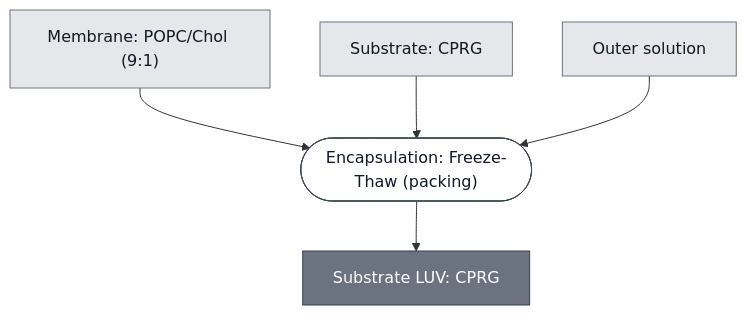
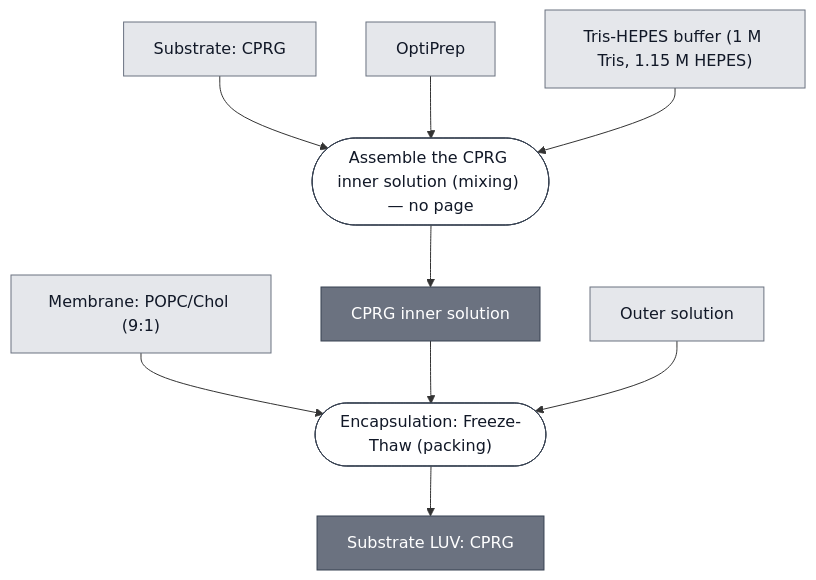
The diagram in docs/modules/substrate-cprg-luv/spec.md (nucleus-eng/nucleus-docs), drawn with Mermaid before and after one commit. The commit also changed 46 other files, not shown here.

````diff
--- a/docs/modules/substrate-cprg-luv/spec.md
+++ b/docs/modules/substrate-cprg-luv/spec.md
@@ -33,28 +33,37 @@
 ```mermaid
 flowchart TD
     OUTER_SOLUTION["Outer solution"]
     MEMBRANE_POPC_CHOL_9_1["Membrane: POPC/Chol (9:1)"]
     SUBSTRATE_CPRG["Substrate: CPRG"]
+    OPTIPREP["OptiPrep"]
+    TRIS_HEPES_BUFFER["Tris-HEPES buffer (1 M Tris, 1.15 M HEPES)"]
 
-    P1_HYDRATE_AND_FREEZE_THAW_0(["Encapsulation: Freeze-Thaw (packing)"])
+    P1_ASSEMBLE_INNER_SOLUTION_0(["Assemble the CPRG inner solution (mixing) — no page"])
+    CPRG_INNER_SOLUTION["CPRG inner solution"]
+    P2_HYDRATE_AND_FREEZE_THAW_0(["Encapsulation: Freeze-Thaw (packing)"])
     SUBSTRATE_CPRG_LUV["Substrate LUV: CPRG"]
 
-    MEMBRANE_POPC_CHOL_9_1 --> P1_HYDRATE_AND_FREEZE_THAW_0
-    SUBSTRATE_CPRG --> P1_HYDRATE_AND_FREEZE_THAW_0
-    OUTER_SOLUTION --> P1_HYDRATE_AND_FREEZE_THAW_0
-    P1_HYDRATE_AND_FREEZE_THAW_0 --> SUBSTRATE_CPRG_LUV
+    SUBSTRATE_CPRG --> P1_ASSEMBLE_INNER_SOLUTION_0
+    OPTIPREP --> P1_ASSEMBLE_INNER_SOLUTION_0
+    TRIS_HEPES_BUFFER --> P1_ASSEMBLE_INNER_SOLUTION_0
+    P1_ASSEMBLE_INNER_SOLUTION_0 --> CPRG_INNER_SOLUTION
+
+    MEMBRANE_POPC_CHOL_9_1 --> P2_HYDRATE_AND_FREEZE_THAW_0
+    CPRG_INNER_SOLUTION --> P2_HYDRATE_AND_FREEZE_THAW_0
+    OUTER_SOLUTION --> P2_HYDRATE_AND_FREEZE_THAW_0
+    P2_HYDRATE_AND_FREEZE_THAW_0 --> SUBSTRATE_CPRG_LUV
 
 
     classDef leaf     fill:#e5e7eb,stroke:#6b7280,color:#111827;
     classDef composed fill:#6b7280,stroke:#374151,color:#ffffff;
     classDef process  fill:#ffffff,stroke:#374151,color:#111827;
-    class OUTER_SOLUTION,MEMBRANE_POPC_CHOL_9_1,SUBSTRATE_CPRG leaf;
-    class SUBSTRATE_CPRG_LUV composed;
-    class P1_HYDRATE_AND_FREEZE_THAW_0 process;
+    class OUTER_SOLUTION,MEMBRANE_POPC_CHOL_9_1,SUBSTRATE_CPRG,OPTIPREP,TRIS_HEPES_BUFFER leaf;
+    class CPRG_INNER_SOLUTION,SUBSTRATE_CPRG_LUV composed;
+    class P1_ASSEMBLE_INNER_SOLUTION_0,P2_HYDRATE_AND_FREEZE_THAW_0 process;
 
     click OUTER_SOLUTION "/docs/modules/outer-solution/spec"
     click MEMBRANE_POPC_CHOL_9_1 "/docs/modules/membrane-popc-chol-9-1/spec"
     click SUBSTRATE_CPRG "/docs/modules/substrate-cprg/spec"
-    click P1_HYDRATE_AND_FREEZE_THAW_0 "/docs/processes/encapsulate-luv/main"
+    click P2_HYDRATE_AND_FREEZE_THAW_0 "/docs/processes/encapsulate-luv/main"
     click SUBSTRATE_CPRG_LUV "/docs/modules/substrate-cprg-luv/spec"
 ```
````
